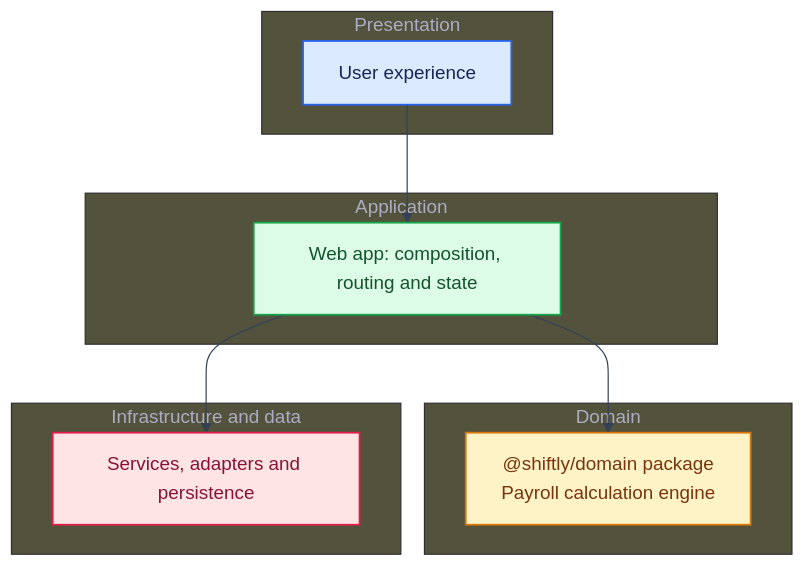
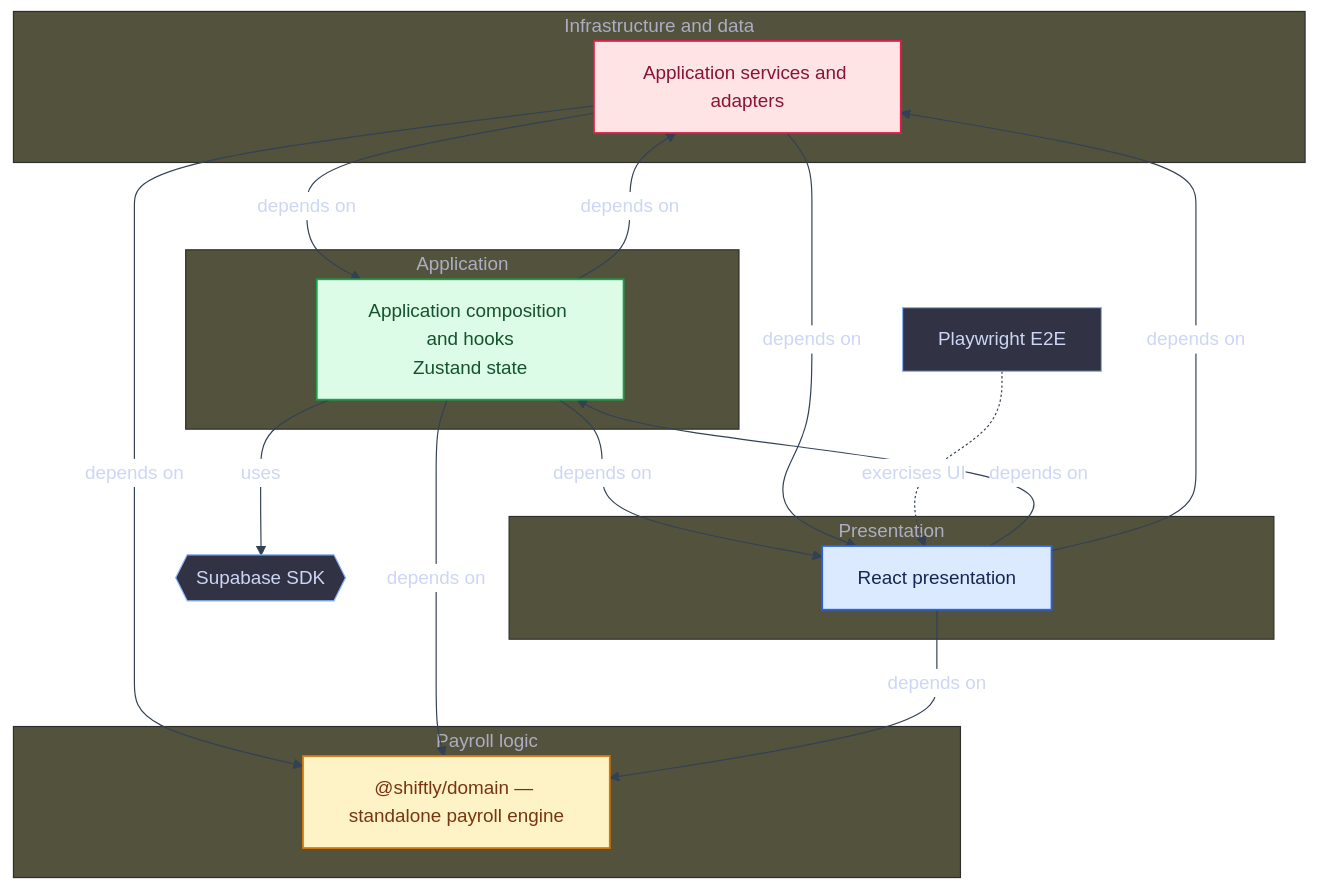
Before and after one commit to dmaman86/shiftly: the first of 5 diagrams in docs/reference/README.md, drawn with Mermaid. The commit also changed other lines of this file and 80 other files, not shown here.

Commit message:
docs(architecture): correct tag-specific snapshots and references

````diff
--- a/docs/reference/README.md
+++ b/docs/reference/README.md
@@ -128,42 +128,54 @@
 ```mermaid
 ---
 config:
   theme: base
   themeVariables:
     background: "#1e1e2e"
     primaryColor: "#313244"
     primaryTextColor: "#cdd6f4"
     primaryBorderColor: "#89b4fa"
     lineColor: "#334155"
     edgeLabelBackground: "#ffffff"
 ---
+%% Source: main (HEAD). Layers are derived from modules present at this commit. Commit: 2f6d26699aa360b6758154d1ebc0bb23d53807fe.
+%% Arrows aggregate source dependencies, including type imports.
 flowchart TD
-  subgraph group_presentation["Presentation"]
-    layer_presentation["User experience"]
+  subgraph group_data["Infrastructure and data"]
+    layer_data["Application services and adapters"]
   end
-
-  subgraph group_application["Application"]
-    layer_application["Web app: composition, routing and state"]
+  subgraph group_ui["Presentation"]
+    layer_ui["React presentation"]
   end
-
-  subgraph group_domain["Domain"]
-    layer_domain["@shiftly/domain package<br/>Payroll calculation engine"]
+  subgraph group_app["Application"]
+    layer_app["Application composition and hooks<br/>Zustand state"]
   end
-
-  subgraph group_data["Infrastructure and data"]
-    layer_data["Services, adapters and persistence"]
+  subgraph group_domain["Payroll logic"]
+    layer_domain["@shiftly/domain — standalone payroll engine"]
   end
-
-  layer_presentation --> layer_application
-  layer_application --> layer_domain
-  layer_application --> layer_data
-
+  layer_data -->|"depends on"| layer_domain
+  layer_data -->|"depends on"| layer_app
+  layer_ui -->|"depends on"| layer_app
+  layer_ui -->|"depends on"| layer_data
+  layer_app -->|"depends on"| layer_domain
+  layer_app -->|"depends on"| layer_ui
+  layer_app -->|"depends on"| layer_data
+  layer_ui -->|"depends on"| layer_domain
+  layer_data -->|"depends on"| layer_ui
+  external_supabase{{"Supabase SDK"}}
+  layer_app -->|"uses"| external_supabase
+  e2e["Playwright E2E"]
+  e2e -.->|"exercises UI"| layer_ui
+  click e2e "https://github.com/dmaman86/shiftly/blob/main/playwright.config.ts"
+  click layer_data "https://github.com/dmaman86/shiftly/blob/main/apps/web/src/services/supabase/supabase.client.ts"
+  classDef toneRose fill:#ffe4e6,stroke:#e11d48,stroke-width:1.5px,color:#881337
+  class layer_data toneRose
+  click layer_ui "https://github.com/dmaman86/shiftly/blob/main/apps/web/src/app/App.tsx"
   classDef toneBlue fill:#dbeafe,stroke:#2563eb,stroke-width:1.5px,color:#172554
+  class layer_ui toneBlue
+  click layer_app "https://github.com/dmaman86/shiftly/blob/main/apps/web/src/store/globalStore.ts"
+  classDef toneMint fill:#dcfce7,stroke:#16a34a,stroke-width:1.5px,color:#14532d
+  class layer_app toneMint
+  click layer_domain "https://github.com/dmaman86/shiftly/blob/main/packages/domain/src/composition.ts"
   classDef toneAmber fill:#fef3c7,stroke:#d97706,stroke-width:1.5px,color:#78350f
-  classDef toneMint fill:#dcfce7,stroke:#16a34a,stroke-width:1.5px,color:#14532d
-  classDef toneRose fill:#ffe4e6,stroke:#e11d48,stroke-width:1.5px,color:#881337
-  class layer_presentation toneBlue
-  class layer_application toneMint
   class layer_domain toneAmber
-  class layer_data toneRose
 ```
````
